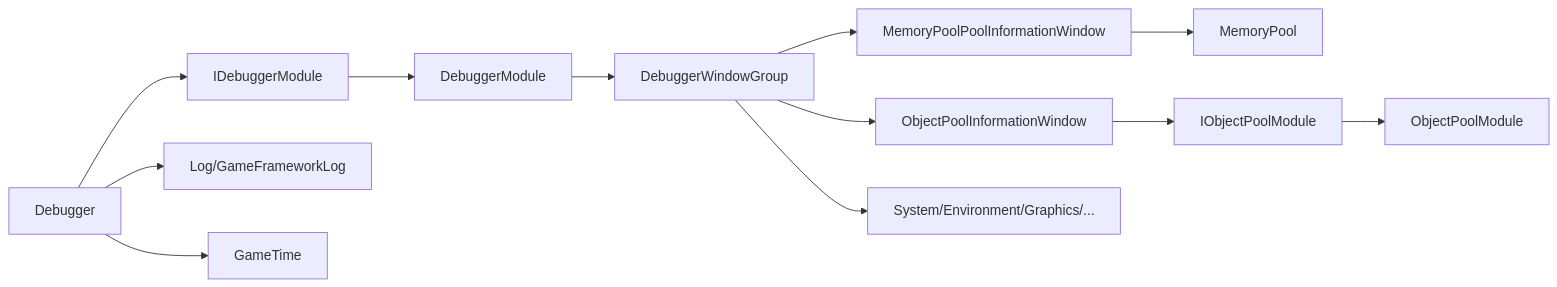
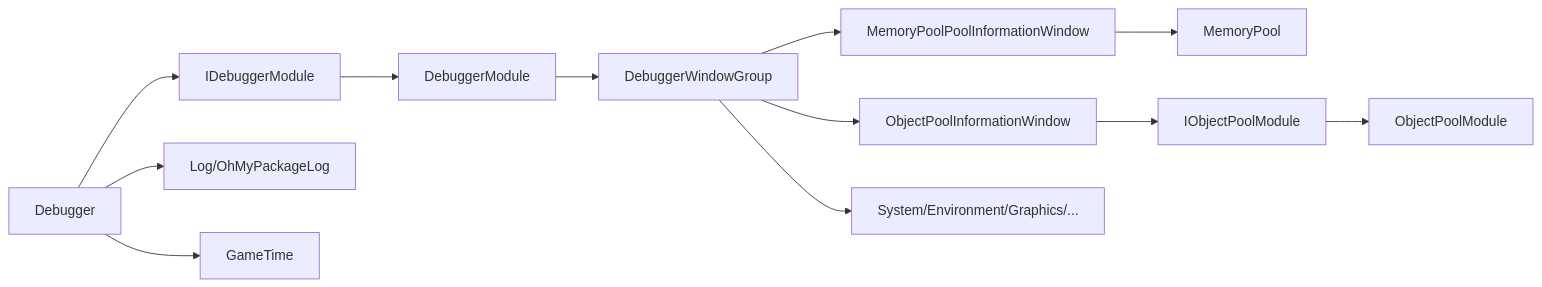
The fifth of 5 diagrams in repowiki/zh/content/性能优化/调试器工具/调试器工具.md (OxygenIsland/MyGame), drawn with Mermaid before and after one commit. The commit also changed other lines of this file and 34 other files, not shown here.

````diff
--- a/repowiki/zh/content/性能优化/调试器工具/调试器工具.md
+++ b/repowiki/zh/content/性能优化/调试器工具/调试器工具.md
@@ -332,14 +332,14 @@
 ```mermaid
 graph LR
 D["Debugger"] --> I["IDebuggerModule"]
 I --> DM["DebuggerModule"]
 DM --> GW["DebuggerWindowGroup"]
 GW --> W1["MemoryPoolPoolInformationWindow"]
 GW --> W2["ObjectPoolInformationWindow"]
 GW --> W3["System/Environment/Graphics/..."]
 W1 --> MP["MemoryPool"]
 W2 --> OPM["IObjectPoolModule"]
 OPM --> OPMImpl["ObjectPoolModule"]
-D --> LOG["Log/GameFrameworkLog"]
+D --> LOG["Log/OhMyPackageLog"]
 D --> GT["GameTime"]
 ```
````
